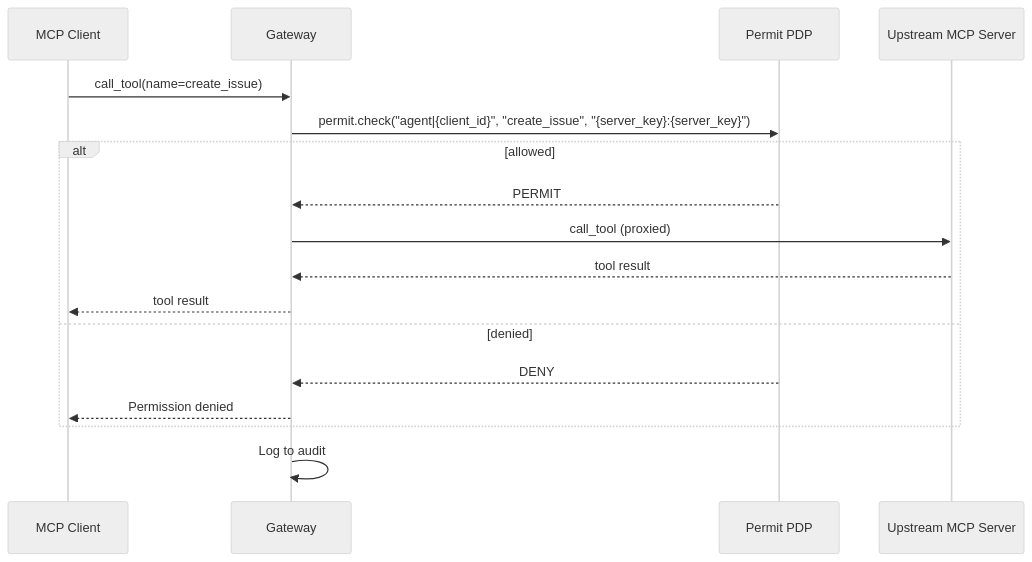
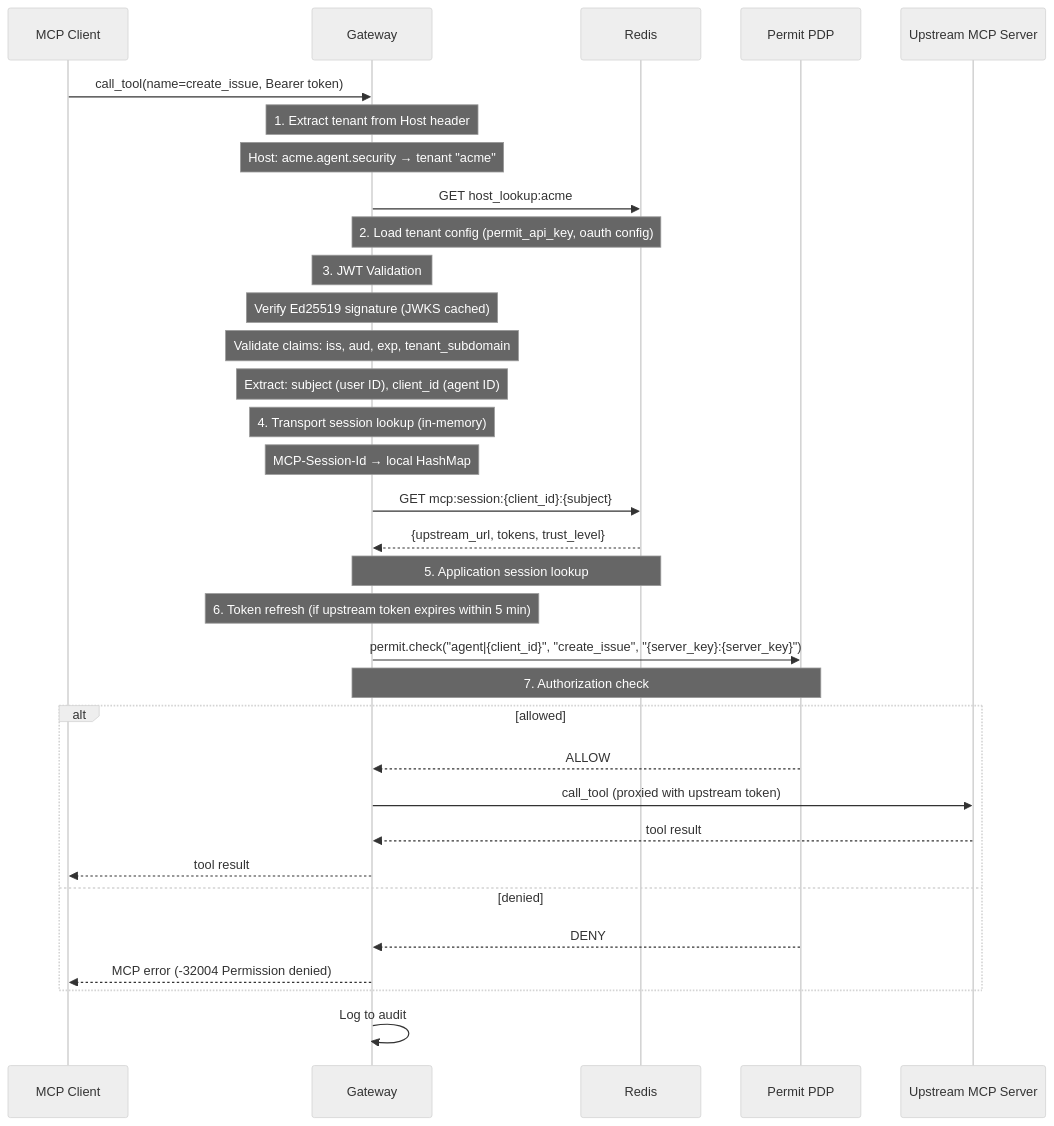
The sixth of 7 diagrams in docs/ai-security/mcp-permissions/architecture.mdx (permitio/docs), drawn with Mermaid (neutral theme) before and after one commit. The commit also changed other lines of this file and 22 other files, not shown here.

First line of the commit message:
PER-14120 PER-14117 PER-14114 PER-14110 PER-14111 PER-14112 PER-14113 PER-14116 per-14119 PER-14118 Agent Security Docs Phase 2: Architecture diagrams, platform    guides, and Permit integration   (#612)

````diff
--- a/docs/ai-security/mcp-permissions/architecture.mdx
+++ b/docs/ai-security/mcp-permissions/architecture.mdx
@@ -203,20 +306,44 @@
 ```mermaid
 sequenceDiagram
     participant C as MCP Client
-    participant G as Gateway
-    participant P as Permit PDP
-    participant M as Upstream MCP Server
+    participant GW as Gateway
+    participant R as Redis
+    participant PDP as Permit PDP
+    participant Up as Upstream MCP Server
 
-    C->>G: call_tool(name=create_issue)
-    G->>P: permit.check("agent|{client_id}", "create_issue", "{server_key}:{server_key}")
+    C->>GW: call_tool(name=create_issue, Bearer token)
+
+    Note over GW: 1. Extract tenant from Host header
+    Note over GW: Host: acme.agent.security → tenant "acme"
+
+    GW->>R: GET host_lookup:acme
+    Note over GW,R: 2. Load tenant config (permit_api_key, oauth config)
+
+    Note over GW: 3. JWT Validation
+    Note over GW: Verify Ed25519 signature (JWKS cached)
+    Note over GW: Validate claims: iss, aud, exp, tenant_subdomain
+    Note over GW: Extract: subject (user ID), client_id (agent ID)
+
+    Note over GW: 4. Transport session lookup (in-memory)
+    Note over GW: MCP-Session-Id → local HashMap
+
+    GW->>R: GET mcp:session:{client_id}:{subject}
+    R-->>GW: {upstream_url, tokens, trust_level}
+    Note over GW,R: 5. Application session lookup
+
+    Note over GW: 6. Token refresh (if upstream token expires within 5 min)
+
+    GW->>PDP: permit.check("agent|{client_id}", "create_issue", "{server_key}:{server_key}")
+    Note over GW,PDP: 7. Authorization check
+
     alt allowed
-        P-->>G: PERMIT
-        G->>M: call_tool (proxied)
-        M-->>G: tool result
-        G-->>C: tool result
+        PDP-->>GW: ALLOW
+        GW->>Up: call_tool (proxied with upstream token)
+        Up-->>GW: tool result
+        GW-->>C: tool result
     else denied
-        P-->>G: DENY
-        G-->>C: Permission denied
+        PDP-->>GW: DENY
+        GW-->>C: MCP error (-32004 Permission denied)
     end
-    G->>G: Log to audit
+    GW->>GW: Log to audit
 ```
````
